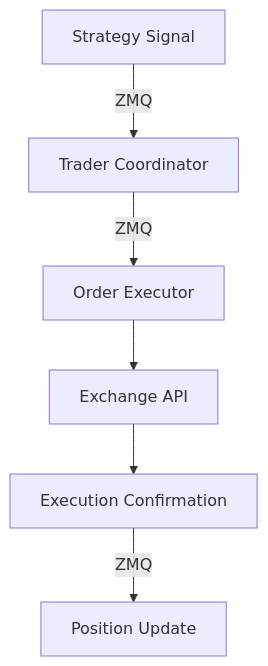
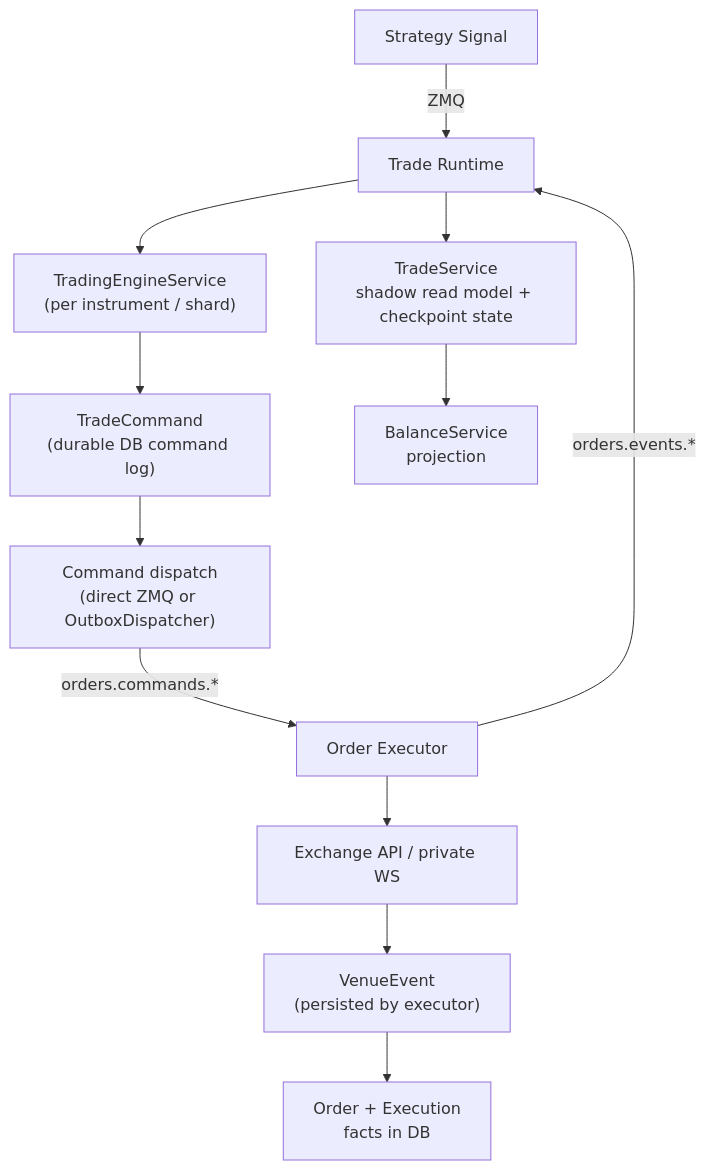
Before and after one commit to mateusz-klatt/snapper: the fourth of 5 diagrams in docs/architecture.md, drawn with Mermaid. The commit also changed other lines of this file and 43 other files, not shown here.

First line of the commit message:
feat(trade-runtime): facts-canonical architecture with durable state

````diff
--- a/docs/architecture.md
+++ b/docs/architecture.md
@@ -283,8 +292,14 @@
 ```mermaid
 flowchart TB
-    Signal["Strategy Signal"] -->|ZMQ| Coordinator["Trader Coordinator"]
-    Coordinator -->|ZMQ| Executor["Order Executor"]
-    Executor --> API["Exchange API"]
-    API --> Confirmation["Execution Confirmation"]
-    Confirmation -->|ZMQ| Position["Position Update"]
+    Signal["Strategy Signal"] -->|ZMQ| Runtime["Trade Runtime"]
+    Runtime --> Engine["TradingEngineService\n(per instrument / shard)"]
+    Engine --> Command["TradeCommand\n(durable DB command log)"]
+    Command --> Dispatch["Command dispatch\n(direct ZMQ or OutboxDispatcher)"]
+    Dispatch -->|orders.commands.*| Executor["Order Executor"]
+    Executor --> Exchange["Exchange API / private WS"]
+    Exchange --> VenueEvent["VenueEvent\n(persisted by executor)"]
+    VenueEvent --> Facts["Order + Execution\nfacts in DB"]
+    Executor -->|orders.events.*| Runtime
+    Runtime --> Trade["TradeService\nshadow read model + checkpoint state"]
+    Trade --> Balance["BalanceService\nprojection"]
 ```
````
